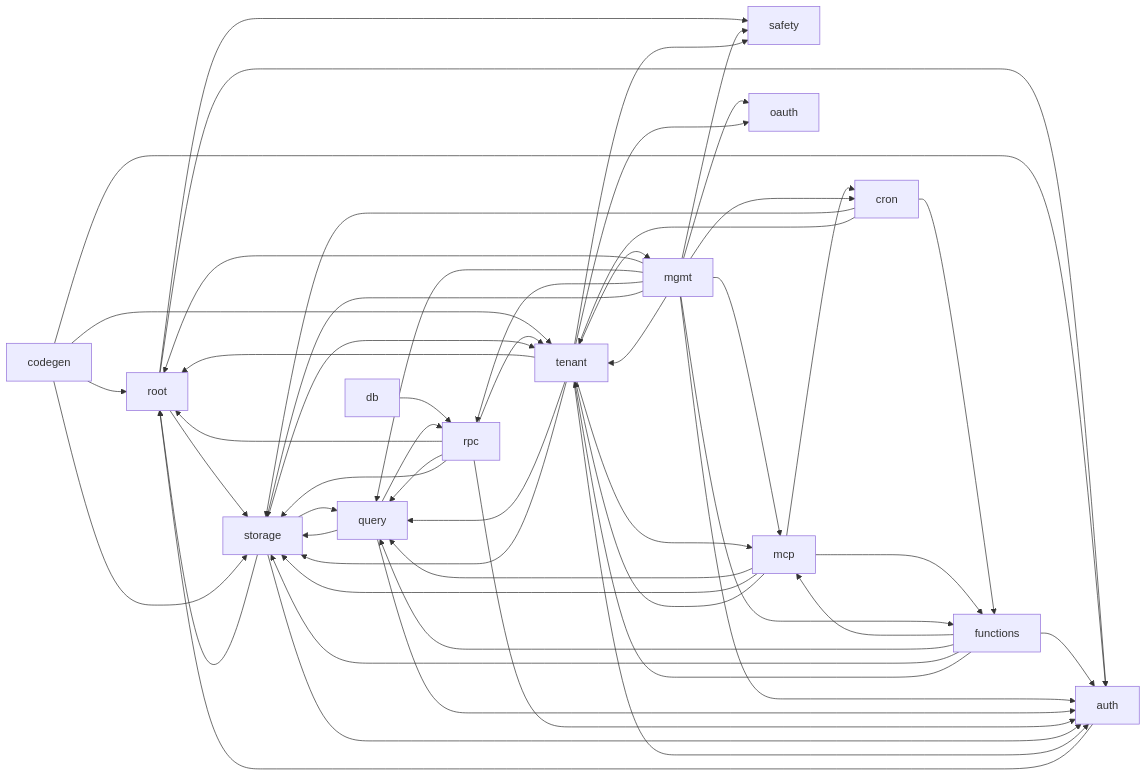
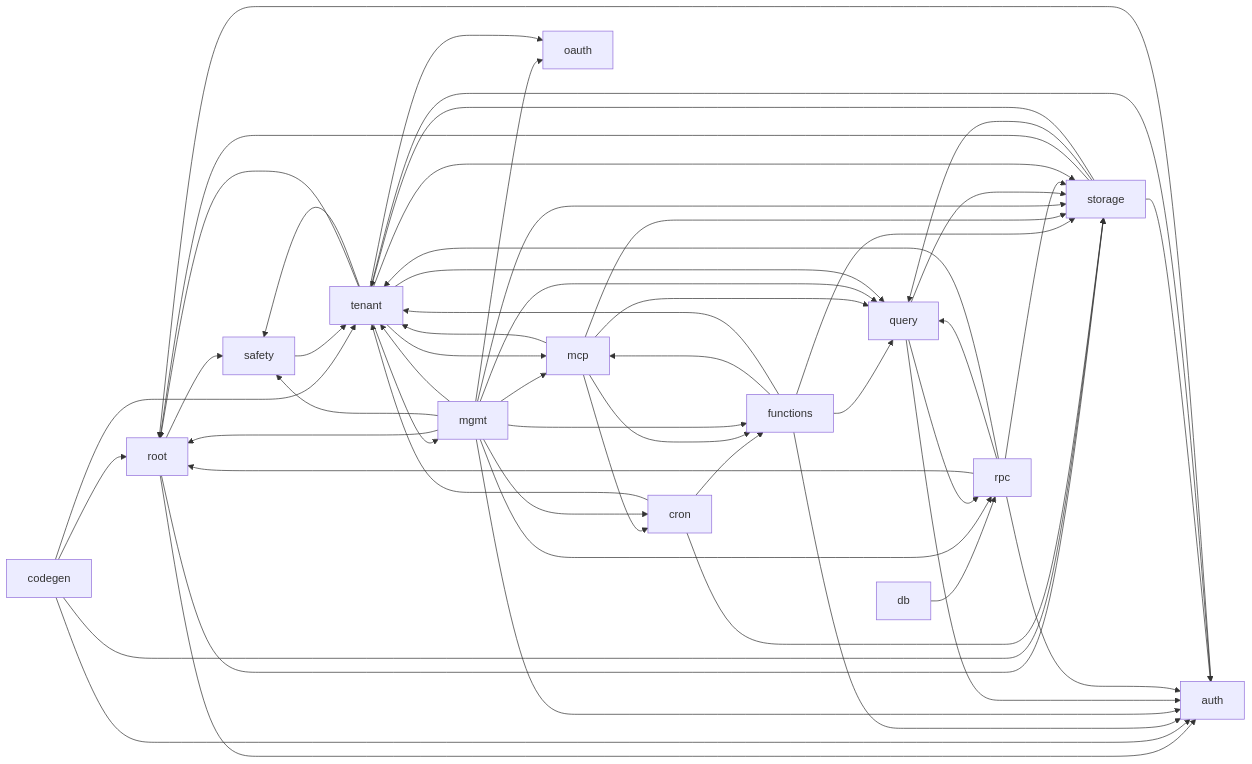
Before and after one commit to KaelLim/drust: the diagram in docs/architecture.md, drawn with Mermaid. The commit also changed other lines of this file and 2 other files, not shown here.

First line of the commit message:
docs: smoke totals after the fixes; regenerate architecture.md

````diff
--- a/docs/architecture.md
+++ b/docs/architecture.md
@@ -42,56 +42,57 @@
 ```mermaid
 graph LR
   root --> auth
   root --> safety
   root --> storage
   auth --> root
   codegen --> root
   codegen --> auth
   codegen --> storage
   codegen --> tenant
   cron --> functions
   cron --> storage
   cron --> tenant
   db --> rpc
   functions --> auth
   functions --> mcp
   functions --> query
   functions --> storage
   functions --> tenant
   mcp --> cron
   mcp --> functions
   mcp --> query
   mcp --> storage
   mcp --> tenant
   mgmt --> root
   mgmt --> auth
   mgmt --> cron
   mgmt --> functions
   mgmt --> mcp
   mgmt --> oauth
   mgmt --> query
   mgmt --> rpc
   mgmt --> safety
   mgmt --> storage
   mgmt --> tenant
   query --> auth
   query --> rpc
   query --> storage
   rpc --> root
   rpc --> auth
   rpc --> query
   rpc --> storage
   rpc --> tenant
+  safety --> tenant
   storage --> root
   storage --> auth
   storage --> query
   storage --> tenant
   tenant --> root
   tenant --> auth
   tenant --> mcp
   tenant --> mgmt
   tenant --> oauth
   tenant --> query
   tenant --> safety
   tenant --> storage
 ```
````
